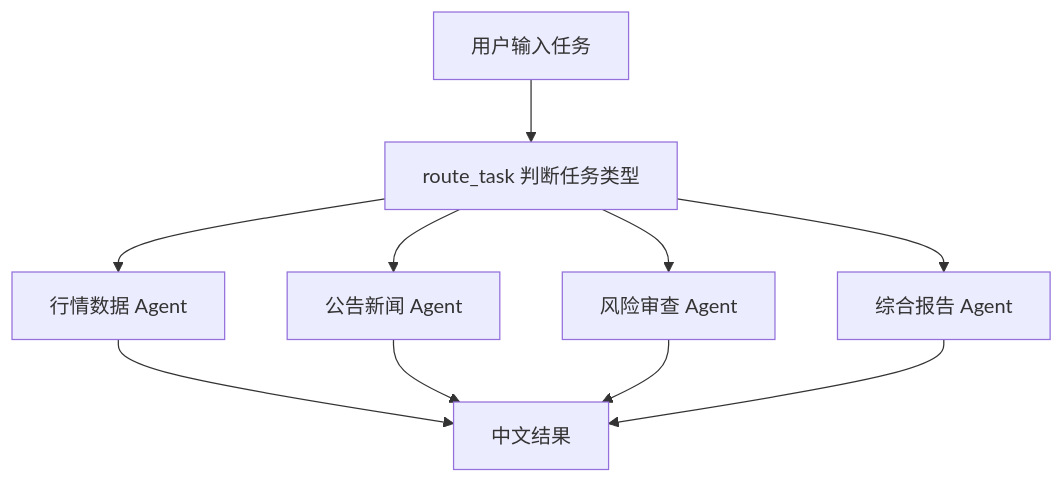
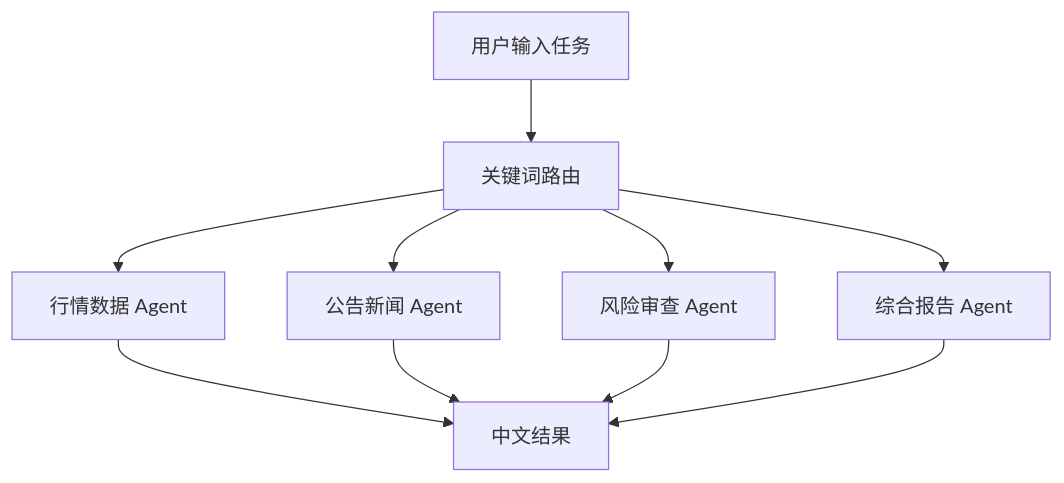
The diagram in finance-llm-agent-demos/15-finance_mcp_agent_router/README.md (mindandhand/finance-llm-apps-roadmap), drawn with Mermaid before and after one commit. The commit also changed other lines of this file and 34 other files, not shown here.

````diff
--- a/finance-llm-agent-demos/15-finance_mcp_agent_router/README.md
+++ b/finance-llm-agent-demos/15-finance_mcp_agent_router/README.md
@@ -28,12 +108,12 @@
 ```mermaid
 flowchart TD
-    A["用户输入任务"] --> B["route_task 判断任务类型"]
-    B --> C["行情数据 Agent"]
-    B --> D["公告新闻 Agent"]
-    B --> E["风险审查 Agent"]
-    B --> F["综合报告 Agent"]
-    C --> G["中文结果"]
+    A[用户输入任务] --> B[关键词路由]
+    B --> C[行情数据 Agent]
+    B --> D[公告新闻 Agent]
+    B --> E[风险审查 Agent]
+    B --> F[综合报告 Agent]
+    C --> G[中文结果]
     D --> G
     E --> G
     F --> G
 ```
````
